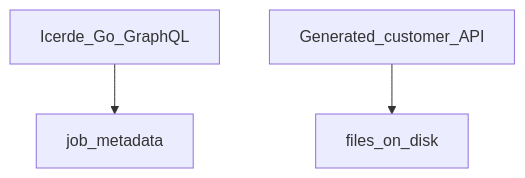
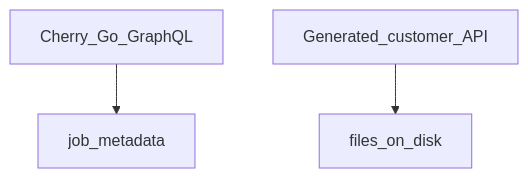
Before and after one commit to emrahyasinisik/Cherry: the third of 3 diagrams in docs/mobile-factory.md, drawn with Mermaid. The commit also changed other lines of this file and 124 other files, not shown here.

First line of the commit message:
Rename the studio brand from Icerde to Cherry.

````diff
--- a/docs/mobile-factory.md
+++ b/docs/mobile-factory.md
@@ -69,7 +69,7 @@
 ```mermaid
 flowchart TB
-  IcerdeAPI[Icerde_Go_GraphQL]
+  CherryAPI[Cherry_Go_GraphQL]
   CustAPI[Generated_customer_API]
-  IcerdeAPI --> Jobs[job_metadata]
+  CherryAPI --> Jobs[job_metadata]
   CustAPI --> Disk[files_on_disk]
 ```
````
